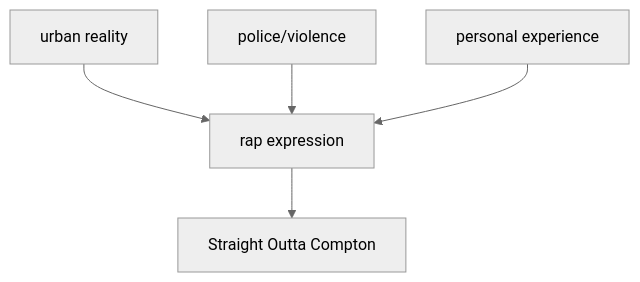
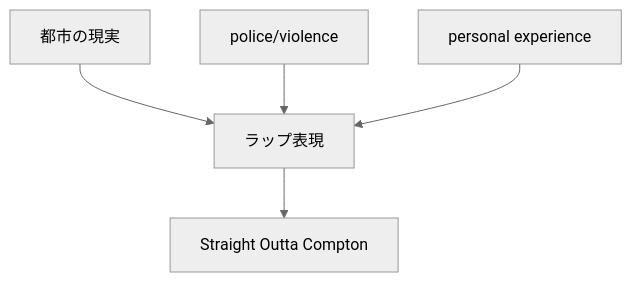
One commit to monumental-movement/monumental-movement.github.io changed the eighth of 11 diagrams in en/_posts/2026-06-30-column-influential-album-02.md. Above: the diagram before and after it, drawn with Mermaid (neutral theme). The commit also changed other lines of this file and 2196 other files, not shown here.

```diff
--- a/en/_posts/2026-06-30-column-influential-album-02.md
+++ b/en/_posts/2026-06-30-column-influential-album-02.md
@@ -926,14 +924,14 @@
 <div class="mermaid">
 flowchart TD
-A[urban reality]
+A[都市の現実]
 B[police/violence]
 C[personal experience]
-D[rap expression]
+D[ラップ表現]
 E[Straight Outta Compton]
 
 A --> D
 B --> D
 C --> D
 D --> E
 
 </div>
```
